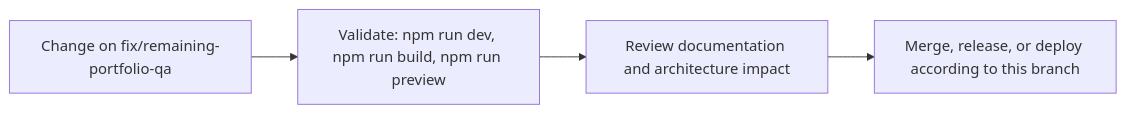
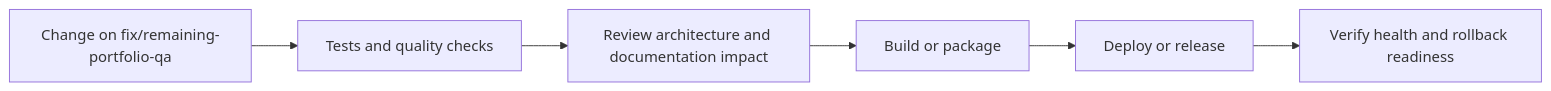
The seventh of 8 diagrams in README.md (Nischhalsubba/nischhalsubba.com.np), drawn with Mermaid before and after one commit. The commit also changed other lines of this file, not shown here.

````diff
--- a/README.md
+++ b/README.md
@@ -86,8 +216,8 @@
 ```mermaid
 flowchart LR
-    CHANGE["Change on fix/remaining-portfolio-qa"]
-    CHECK["Validate: npm run dev, npm run build, npm run preview"]
-    REVIEW["Review documentation and architecture impact"]
-    RELEASE["Merge, release, or deploy according to this branch"]
-    CHANGE --> CHECK --> REVIEW --> RELEASE
+    CHANGE["Change on fix/remaining-portfolio-qa"] --> CHECK["Tests and quality checks"]
+    CHECK --> REVIEW["Review architecture and documentation impact"]
+    REVIEW --> BUILD["Build or package"]
+    BUILD --> DEPLOY["Deploy or release"]
+    DEPLOY --> VERIFY["Verify health and rollback readiness"]
 ```
````
